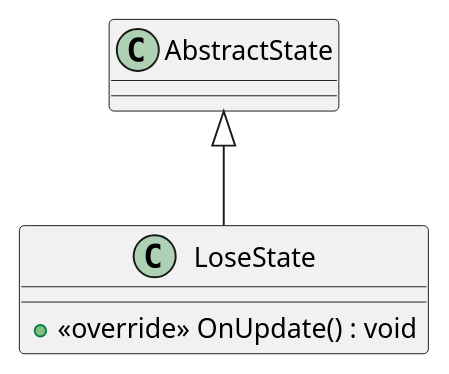
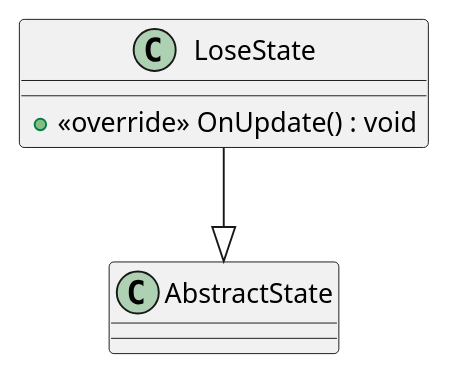
Before and after one commit to hiroshi-mcbride/kmgdev-game-arch2: the diagram in Assets/UML/Scripts/Game/LoseState.puml, drawn with PlantUML. The commit also changed 30 other files, not shown here.

Commit message:
add IStateRunner fsm dependency. update uml

```diff
--- a/Assets/UML/Scripts/Game/LoseState.puml
+++ b/Assets/UML/Scripts/Game/LoseState.puml
@@ -1,6 +1,6 @@
 @startuml
 class LoseState {
     + <<override>> OnUpdate() : void
 }
-AbstractState <|-- LoseState
+AbstractState <|-up- LoseState
 @enduml
```
